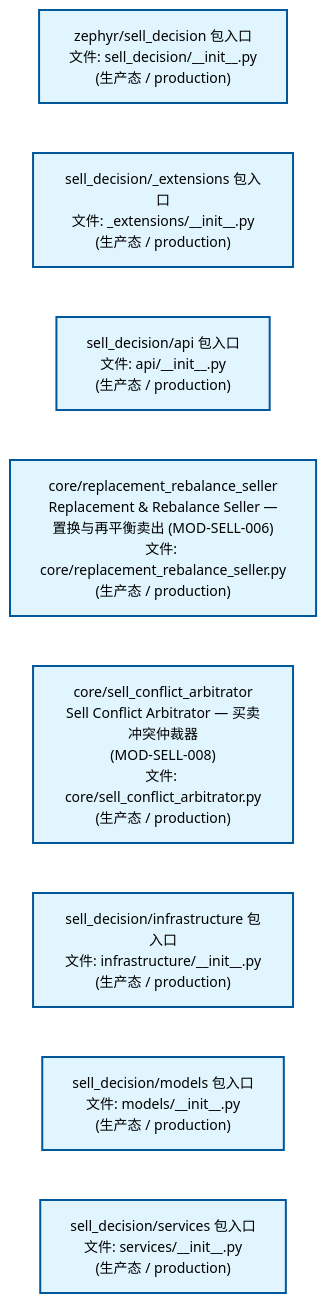
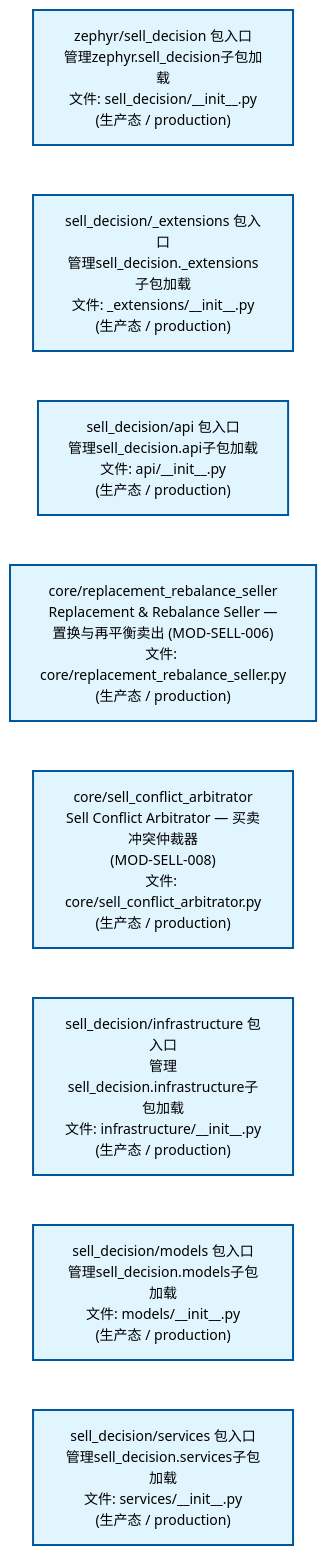
Before and after one commit to xuanFelixVan/ZephyrAlpha: the second of 4 diagrams in docs/02_enterprise_architecture/02_domain_architecture_docs/67_d_sell_decision.md, drawn with Mermaid. The commit also changed other lines of this file and 61 other files, not shown here.

````diff
--- a/docs/02_enterprise_architecture/02_domain_architecture_docs/67_d_sell_decision.md
+++ b/docs/02_enterprise_architecture/02_domain_architecture_docs/67_d_sell_decision.md
@@ -134,24 +134,24 @@
 ```mermaid
 %%{init: {'theme': 'base', 'themeVariables': {'primaryColor': '#eaeaea', 'primaryTextColor': '#333333', 'primaryBorderColor': '#666666', 'lineColor': '#666666', 'secondaryColor': '#eaeaea', 'tertiaryColor': '#eaeaea', 'fontSize': '14px'}}}%%
 flowchart TD
-    src_zephyr_sell_decision_init_py["zephyr/sell_decision 包入口<br/>文件: sell_decision/__init__.py<br/>(生产态 / production)"]
-    src_zephyr_sell_decision_extensions_init_py["sell_decision/_extensions 包入口<br/>文件: _extensions/__init__.py<br/>(生产态 / production)"]
-    src_zephyr_sell_decision_api_init_py["sell_decision/api 包入口<br/>文件: api/__init__.py<br/>(生产态 / production)"]
+    src_zephyr_sell_decision_init_py["zephyr/sell_decision 包入口<br/>管理zephyr.sell_decision子包加载<br/>文件: sell_decision/__init__.py<br/>(生产态 / production)"]
+    src_zephyr_sell_decision_extensions_init_py["sell_decision/_extensions 包入口<br/>管理sell_decision._extensions子包加载<br/>文件: _extensions/__init__.py<br/>(生产态 / production)"]
+    src_zephyr_sell_decision_api_init_py["sell_decision/api 包入口<br/>管理sell_decision.api子包加载<br/>文件: api/__init__.py<br/>(生产态 / production)"]
     src_zephyr_sell_decision_core_replacement_rebalance_seller_py["core/replacement_rebalance_seller<br/>Replacement & Rebalance Seller —<br/>置换与再平衡卖出 (MOD-SELL-006)<br/>文件: core/replacement_rebalance_seller.py<br/>(生产态 / production)"]
     src_zephyr_sell_decision_core_sell_conflict_arbitrator_py["core/sell_conflict_arbitrator<br/>Sell Conflict Arbitrator — 买卖冲突仲裁器<br/>(MOD-SELL-008)<br/>文件: core/sell_conflict_arbitrator.py<br/>(生产态 / production)"]
-    src_zephyr_sell_decision_infrastructure_init_py["sell_decision/infrastructure 包入口<br/>文件: infrastructure/__init__.py<br/>(生产态 / production)"]
-    src_zephyr_sell_decision_models_init_py["sell_decision/models 包入口<br/>文件: models/__init__.py<br/>(生产态 / production)"]
-    src_zephyr_sell_decision_services_init_py["sell_decision/services 包入口<br/>文件: services/__init__.py<br/>(生产态 / production)"]
+    src_zephyr_sell_decision_infrastructure_init_py["sell_decision/infrastructure 包入口<br/>管理sell_decision.infrastructure子包加载<br/>文件: infrastructure/__init__.py<br/>(生产态 / production)"]
+    src_zephyr_sell_decision_models_init_py["sell_decision/models 包入口<br/>管理sell_decision.models子包加载<br/>文件: models/__init__.py<br/>(生产态 / production)"]
+    src_zephyr_sell_decision_services_init_py["sell_decision/services 包入口<br/>管理sell_decision.services子包加载<br/>文件: services/__init__.py<br/>(生产态 / production)"]
     src_zephyr_sell_decision_init_py ~~~ src_zephyr_sell_decision_extensions_init_py
     src_zephyr_sell_decision_extensions_init_py ~~~ src_zephyr_sell_decision_api_init_py
     src_zephyr_sell_decision_api_init_py ~~~ src_zephyr_sell_decision_core_replacement_rebalance_seller_py
     src_zephyr_sell_decision_core_replacement_rebalance_seller_py ~~~ src_zephyr_sell_decision_core_sell_conflict_arbitrator_py
     src_zephyr_sell_decision_core_sell_conflict_arbitrator_py ~~~ src_zephyr_sell_decision_infrastructure_init_py
     src_zephyr_sell_decision_infrastructure_init_py ~~~ src_zephyr_sell_decision_models_init_py
     src_zephyr_sell_decision_models_init_py ~~~ src_zephyr_sell_decision_services_init_py
     classDef production fill:#e1f5fe,stroke:#01579b,stroke-width:2px,color:#000
     classDef design fill:#fff3e0,stroke:#e65100,stroke-width:2px,color:#000,stroke-dasharray: 5 5
     classDef external_prod fill:#e8f4fd,stroke:#0277bd,stroke-width:1px,color:#000
     classDef external_design fill:#fff8e7,stroke:#ef6c00,stroke-width:1px,color:#000,stroke-dasharray: 5 5
     class src_zephyr_sell_decision_init_py,src_zephyr_sell_decision_extensions_init_py,src_zephyr_sell_decision_api_init_py,src_zephyr_sell_decision_core_replacement_rebalance_seller_py,src_zephyr_sell_decision_core_sell_conflict_arbitrator_py,src_zephyr_sell_decision_infrastructure_init_py,src_zephyr_sell_decision_models_init_py,src_zephyr_sell_decision_services_init_py production
 ```
````
